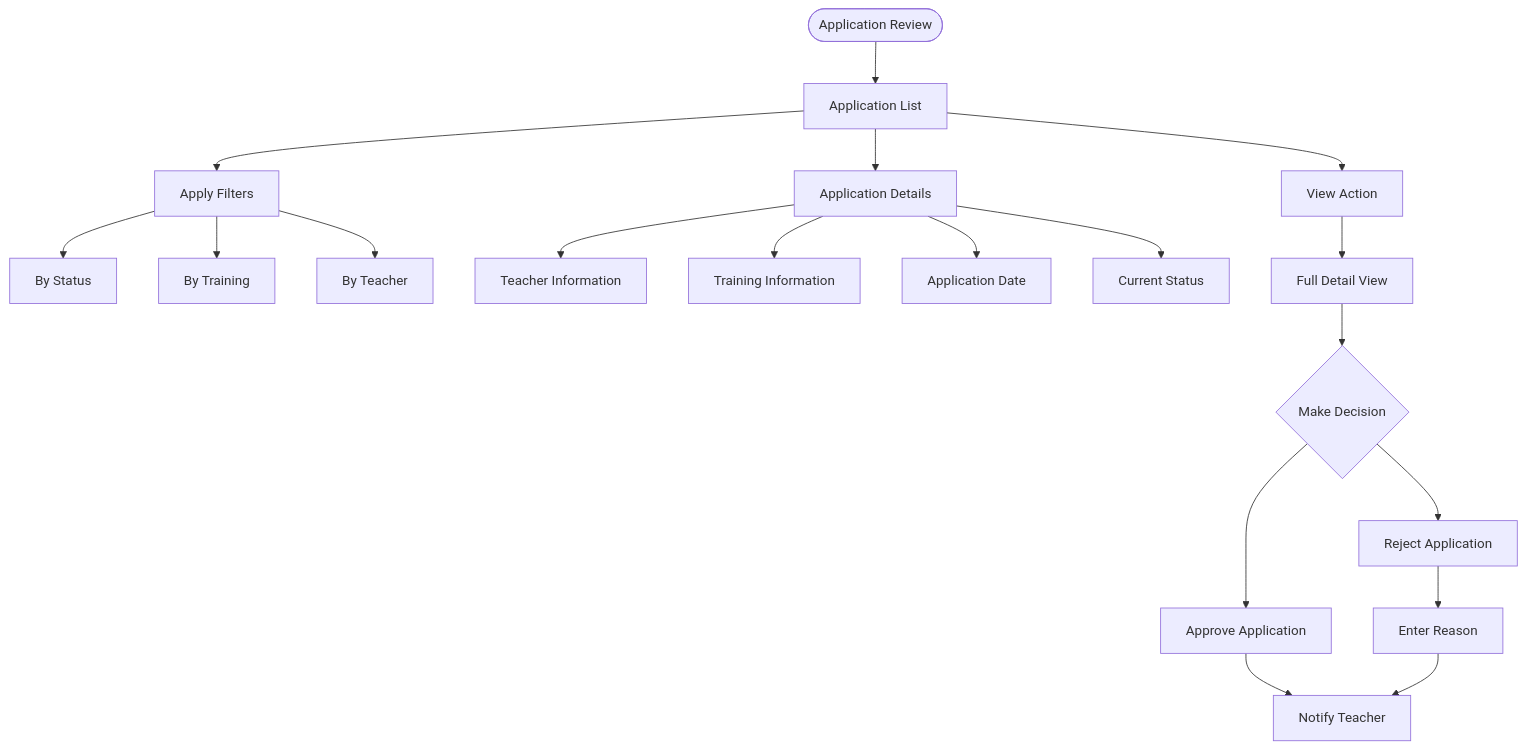
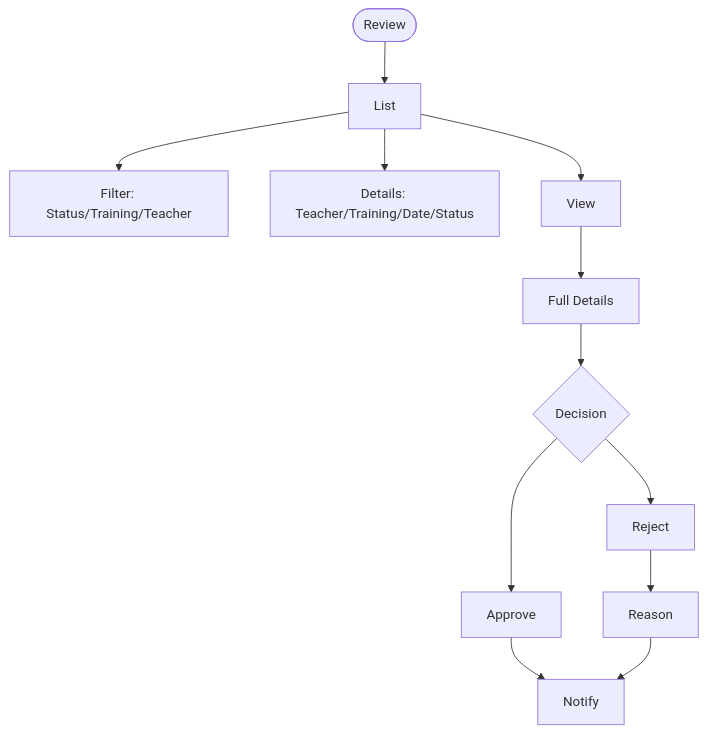
Before and after one commit to gunjangupta-gh/placeintern: diagram 12 of 49 in TRAINING_CALENDAR_FLOW_DIAGRAMS.md, drawn with Mermaid. The commit also changed other lines of this file and 6 other files, not shown here.

````diff
--- a/TRAINING_CALENDAR_FLOW_DIAGRAMS.md
+++ b/TRAINING_CALENDAR_FLOW_DIAGRAMS.md
@@ -463,26 +200,8 @@
 ```mermaid
 flowchart TD
-    REVIEW([Application Review]) --> LIST[Application List]
-
-    LIST --> FILTERS[Apply Filters]
-    FILTERS --> BY_STATUS[By Status]
-    FILTERS --> BY_TRAINING[By Training]
-    FILTERS --> BY_TEACHER[By Teacher]
-
-    LIST --> APP_DETAILS[Application Details]
-    APP_DETAILS --> TEACHER_INFO[Teacher Information]
-    APP_DETAILS --> TRAINING_INFO[Training Information]
-    APP_DETAILS --> APP_DATE[Application Date]
-    APP_DETAILS --> STATUS[Current Status]
-
-    LIST --> ACTION[View Action]
-    ACTION --> DETAIL_VIEW[Full Detail View]
-
-    DETAIL_VIEW --> DECISION{Make Decision}
-    DECISION --> APPROVE[Approve Application]
-    DECISION --> REJECT[Reject Application]
-
-    APPROVE --> NOTIFY_TEACH[Notify Teacher]
-    REJECT --> REASON[Enter Reason]
-    REASON --> NOTIFY_TEACH
+    A([Review])-->B[List]-->C[Filter: Status/Training/Teacher]
+    B-->D[Details: Teacher/Training/Date/Status]
+    B-->E[View]-->F[Full Details]-->G{Decision}
+    G-->H[Approve]-->I[Notify]
+    G-->J[Reject]-->K[Reason]-->I
 ```
````
